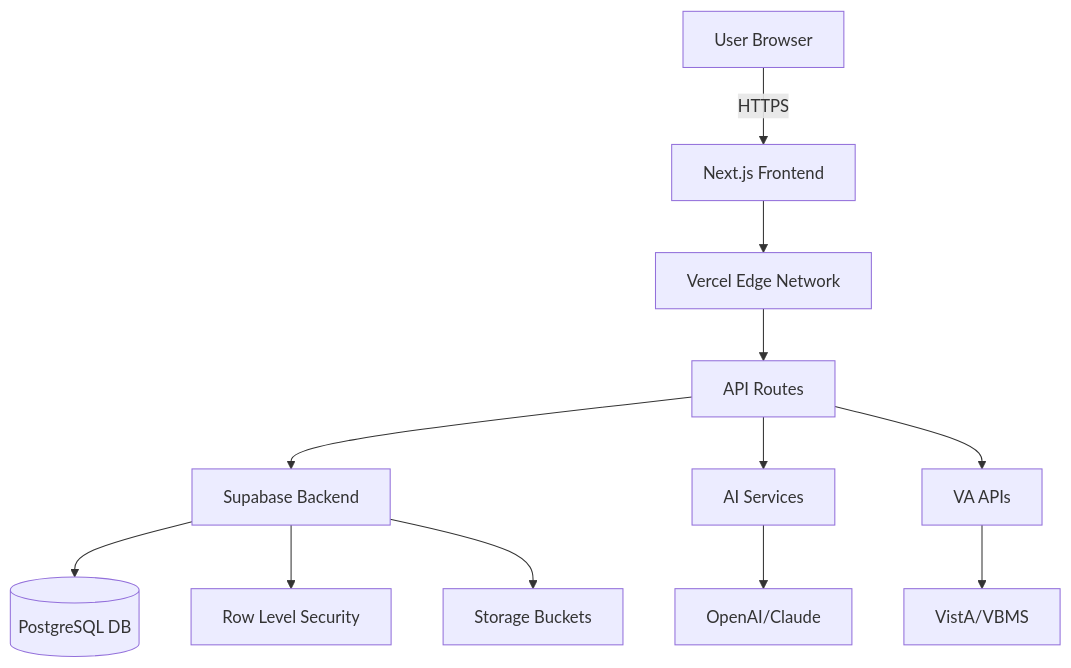
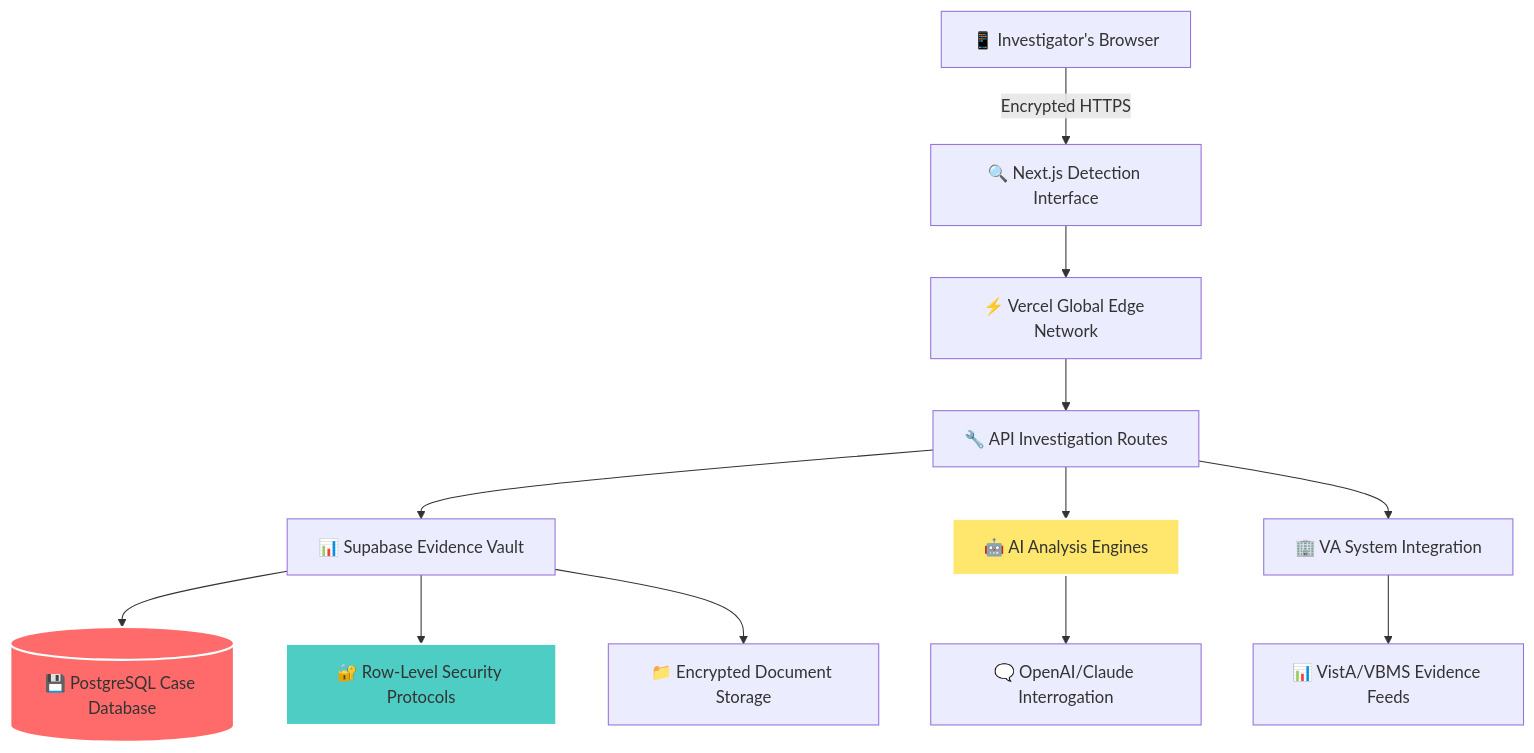
The diagram in README.md (Skinz1434/SkinzAI-HENRY), drawn with Mermaid before and after one commit. The commit also changed other lines of this file, not shown here.

````diff
--- a/README.md
+++ b/README.md
@@ -272,14 +414,18 @@
 ```mermaid
 graph TB
-    A[User Browser] -->|HTTPS| B[Next.js Frontend]
-    B --> C[Vercel Edge Network]
-    C --> D[API Routes]
-    D --> E[Supabase Backend]
-    E --> F[(PostgreSQL DB)]
-    E --> G[Row Level Security]
-    E --> H[Storage Buckets]
-    D --> I[AI Services]
-    I --> J[OpenAI/Claude]
-    D --> K[VA APIs]
-    K --> L[VistA/VBMS]
+    A[📱 Investigator's Browser] -->|Encrypted HTTPS| B[🔍 Next.js Detection Interface]
+    B --> C[⚡ Vercel Global Edge Network]
+    C --> D[🔧 API Investigation Routes]
+    D --> E[📊 Supabase Evidence Vault]
+    E --> F[(💾 PostgreSQL Case Database)]
+    E --> G[🔐 Row-Level Security Protocols]
+    E --> H[📁 Encrypted Document Storage]
+    D --> I[🤖 AI Analysis Engines]
+    I --> J[🗨️ OpenAI/Claude Interrogation]
+    D --> K[🏢 VA System Integration]
+    K --> L[📊 VistA/VBMS Evidence Feeds]
+    
+    style F fill:#ff6b6b,stroke:#fff,stroke-width:2px
+    style G fill:#4ecdc4,stroke:#fff,stroke-width:2px
+    style I fill:#ffe66d,stroke:#fff,stroke-width:2px
 ```
````
